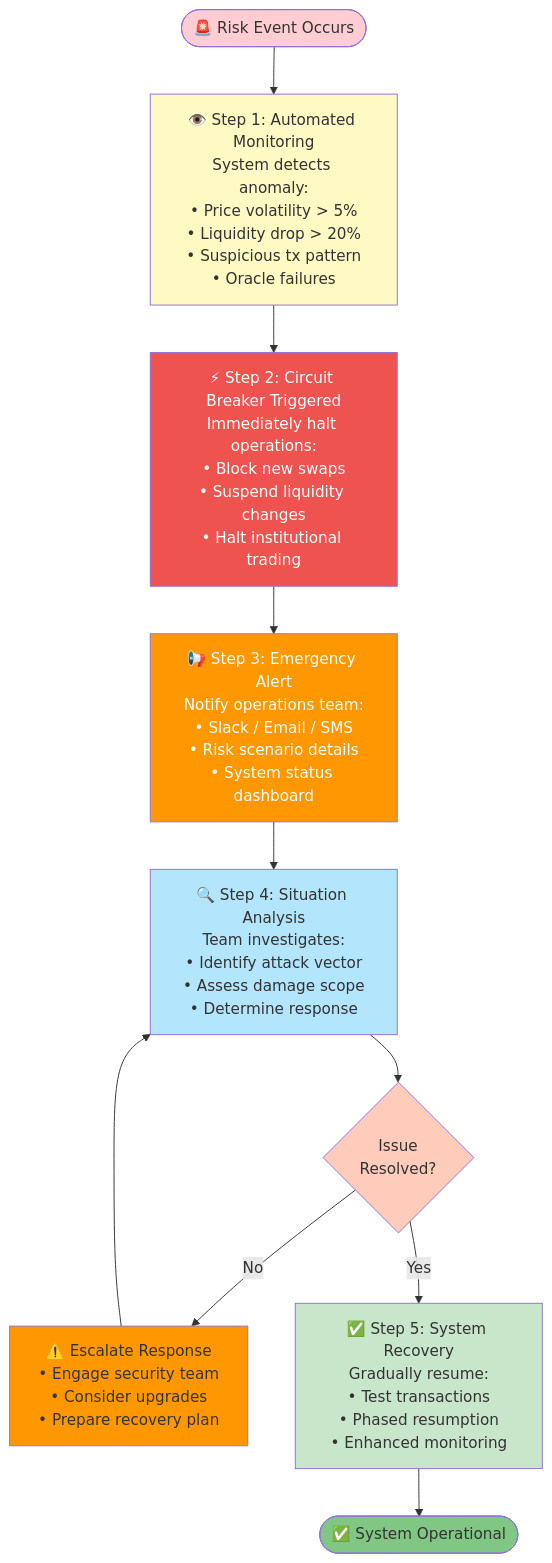
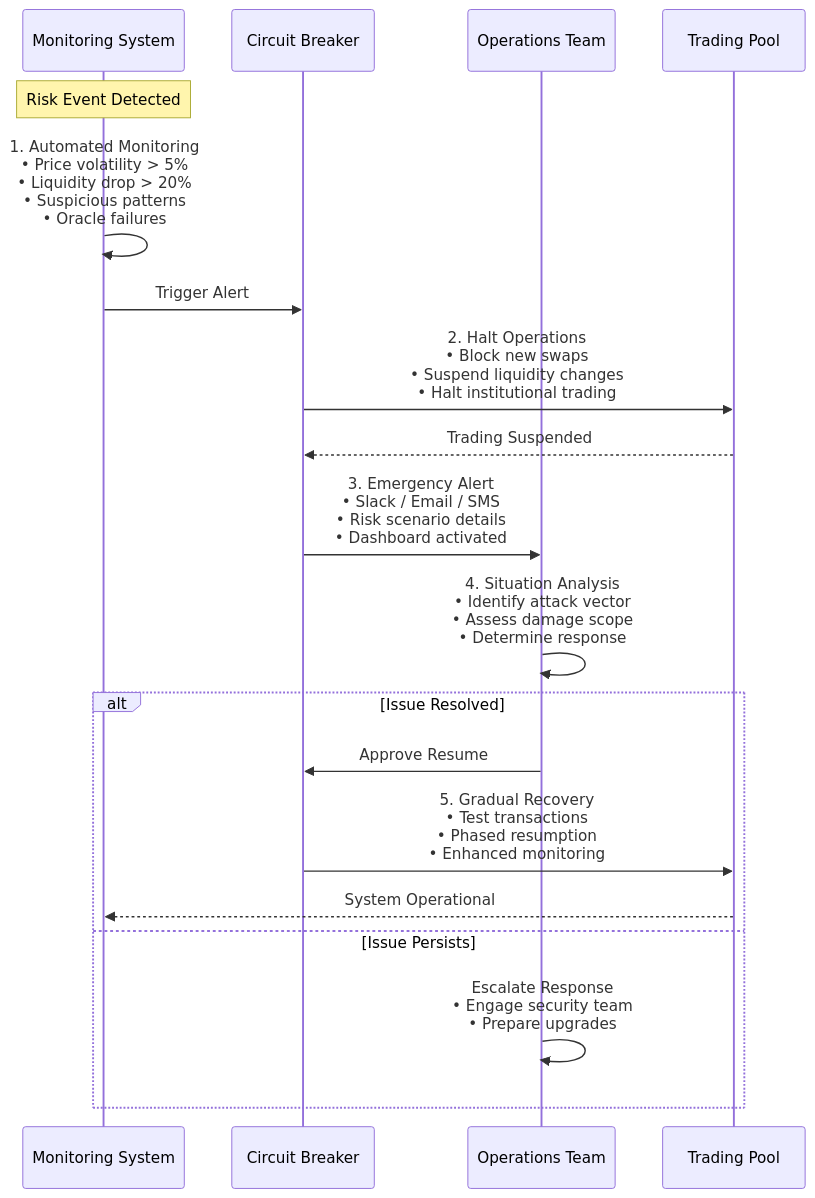
One commit to fbtopg/gurufin-docs changed the second of 3 diagrams in gurudex/06_risk_mitigation.md. Above: the diagram before and after it, drawn with Mermaid. The commit also changed other lines of this file and 18 other files, not shown here.

````diff
--- a/gurudex/06_risk_mitigation.md
+++ b/gurudex/06_risk_mitigation.md
@@ -267,42 +260,27 @@
 ```mermaid
-flowchart TD
-    Start([🚨 Risk Event Occurs])
+sequenceDiagram
+    participant System as Monitoring System
+    participant CB as Circuit Breaker
+    participant Ops as Operations Team
+    participant Pool as Trading Pool
     
-    Start --> Monitor
+    Note over System: Risk Event Detected
+    System->>System: 1. Automated Monitoring<br/>• Price volatility > 5%<br/>• Liquidity drop > 20%<br/>• Suspicious patterns<br/>• Oracle failures
     
-    Monitor["👁️ Step 1: Automated Monitoring<br/>System detects anomaly:<br/>• Price volatility > 5%<br/>• Liquidity drop > 20%<br/>• Suspicious tx pattern<br/>• Oracle failures"]
+    System->>CB: Trigger Alert
     
-    Monitor --> Trigger
+    CB->>Pool: 2. Halt Operations<br/>• Block new swaps<br/>• Suspend liquidity changes<br/>• Halt institutional trading
+    Pool-->>CB: Trading Suspended
     
-    Trigger["⚡ Step 2: Circuit Breaker Triggered<br/>Immediately halt operations:<br/>• Block new swaps<br/>• Suspend liquidity changes<br/>• Halt institutional trading"]
+    CB->>Ops: 3. Emergency Alert<br/>• Slack / Email / SMS<br/>• Risk scenario details<br/>• Dashboard activated
     
-    Trigger --> Alert
+    Ops->>Ops: 4. Situation Analysis<br/>• Identify attack vector<br/>• Assess damage scope<br/>• Determine response
     
-    Alert["📢 Step 3: Emergency Alert<br/>Notify operations team:<br/>• Slack / Email / SMS<br/>• Risk scenario details<br/>• System status dashboard"]
-    
-    Alert --> Analyze
-    
-    Analyze["🔍 Step 4: Situation Analysis<br/>Team investigates:<br/>• Identify attack vector<br/>• Assess damage scope<br/>• Determine response"]
-    
-    Analyze --> Decision{Issue<br/>Resolved?}
-    
-    Decision -->|No| Escalate["⚠️ Escalate Response<br/>• Engage security team<br/>• Consider upgrades<br/>• Prepare recovery plan"]
-    
-    Escalate --> Analyze
-    
-    Decision -->|Yes| Resume
-    
-    Resume["✅ Step 5: System Recovery<br/>Gradually resume:<br/>• Test transactions<br/>• Phased resumption<br/>• Enhanced monitoring"]
-    
-    Resume --> End([✅ System Operational])
-    
-    style Start fill:#ffcdd2
-    style Monitor fill:#fff9c4
-    style Trigger fill:#ef5350,color:#fff
-    style Alert fill:#ff9800,color:#fff
-    style Analyze fill:#b3e5fc
-    style Decision fill:#ffccbc
-    style Escalate fill:#ff9800
-    style Resume fill:#c8e6c9
-    style End fill:#81c784
+    alt Issue Resolved
+        Ops->>CB: Approve Resume
+        CB->>Pool: 5. Gradual Recovery<br/>• Test transactions<br/>• Phased resumption<br/>• Enhanced monitoring
+        Pool-->>System: System Operational
+    else Issue Persists
+        Ops->>Ops: Escalate Response<br/>• Engage security team<br/>• Prepare upgrades
+    end
 ```
````
